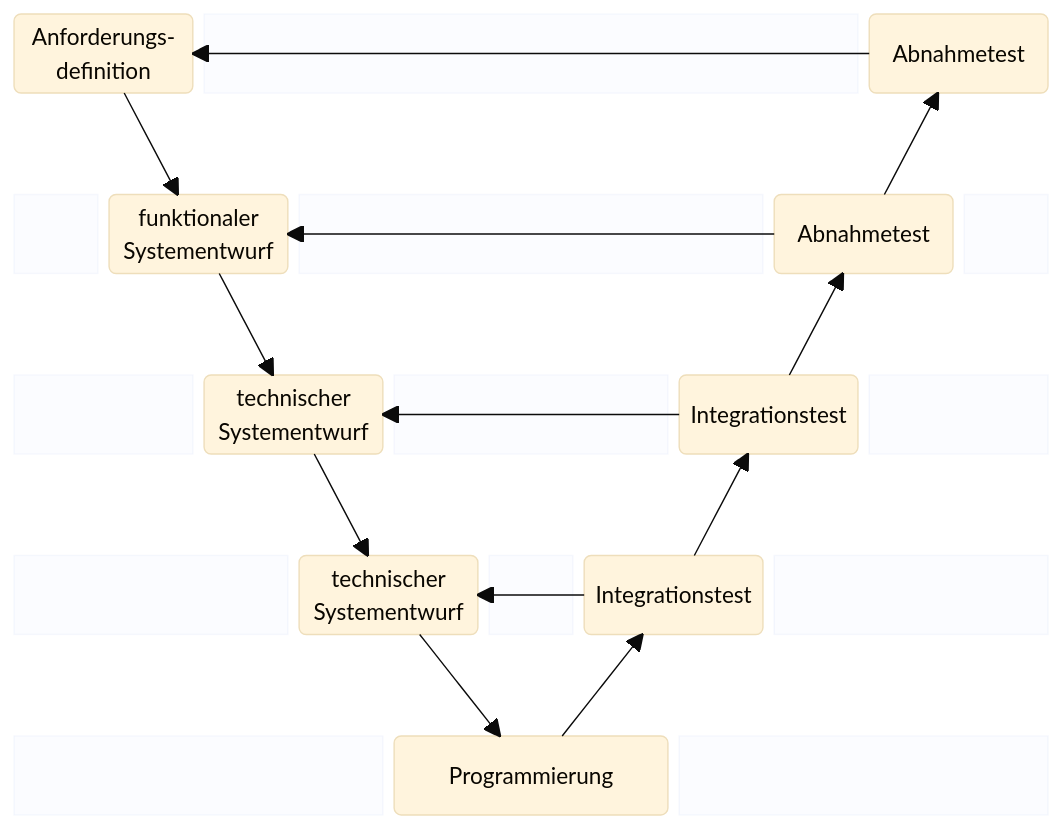
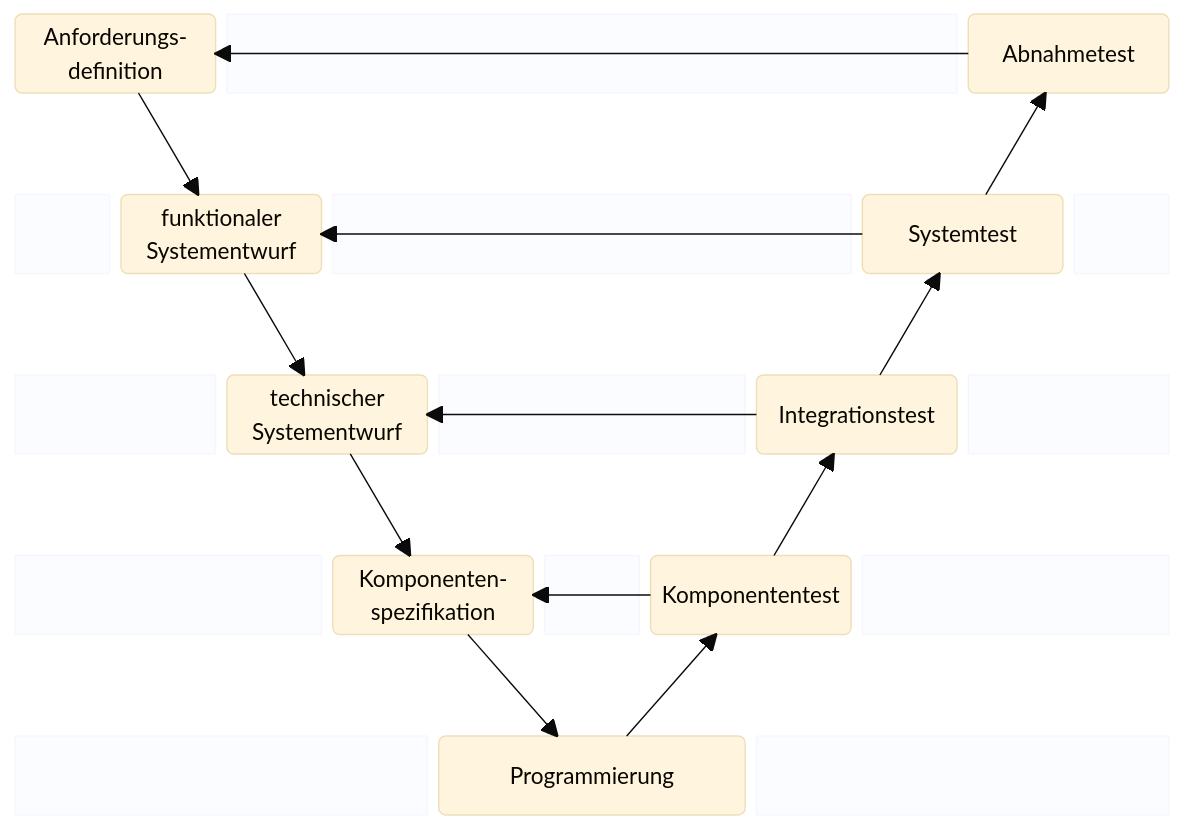
Before and after one commit to patrickbucher/m450.frickelbude.ch: the second of 2 diagrams in content/theorie/testen-nach-vorgehensmodell.md, drawn with Mermaid.

Commit message:
fixed v-modell labels

````diff
--- a/content/theorie/testen-nach-vorgehensmodell.md
+++ b/content/theorie/testen-nach-vorgehensmodell.md
@@ -77,57 +77,57 @@
 ```mermaid
 ---
 config:
     theme: base
     nodeSpacing: 100
 ---
 block-beta
     columns 11
 
     a1("Anforderungs-\ndefinition"):2
     block:am:7 space end
     a2("Abnahmetest"):2
 
     space:11
 
     block:bl:1 space end
     b1("funktionaler\nSystementwurf"):2
     block:bm:5 space end
-    b2("Abnahmetest"):2
+    b2("Systemtest"):2
     block:br:1 space end
 
     space:11
 
     block:cl:2 space end
     c1("technischer\nSystementwurf"):2
     block:cm:3 space end
     c2("Integrationstest"):2
     block:cr:2 space end
 
     space:11
 
     block:dl:3 space end
-    d1("technischer\nSystementwurf"):2
+    d1("Komponenten-\nspezifikation"):2
     block:dm:1 space end
-    d2("Integrationstest"):2
+    d2("Komponententest"):2
     block:dr:3 space end
 
     space:11
 
     block:el:4 space end
     e("Programmierung"):3
     block:er:4 space end
 
     a1 --> b1
     b1 --> c1
     c1 --> d1
     d1 --> e
     e --> d2
     d2 --> c2
     c2 --> b2
     b2 --> a2
 
     a2 --> a1
     b2 --> b1
     c2 --> c1
     d2 --> d1
 ```
````
